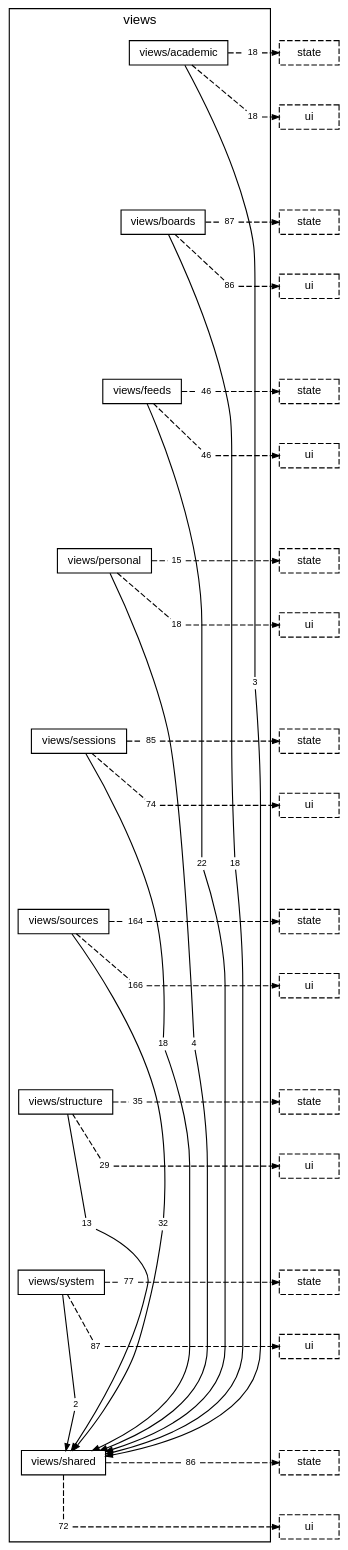
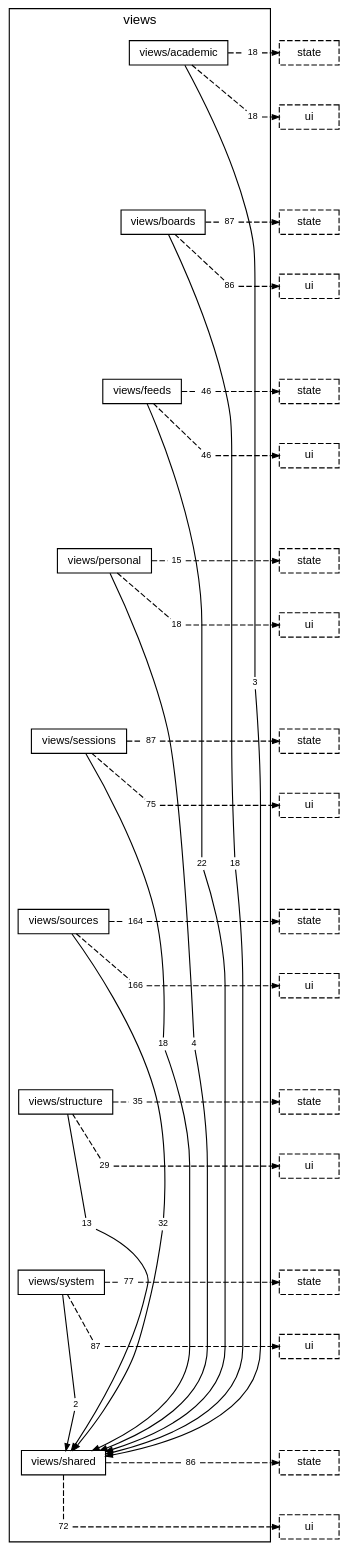
One commit to TheAxeC/oculus changed the diagram in docs/diagrams/layer-views.dot. Above: the diagram before and after it, drawn with Graphviz. The commit also changed 43 other files, not shown here.

```diff
--- a/docs/diagrams/layer-views.dot
+++ b/docs/diagrams/layer-views.dot
@@ -26,8 +26,8 @@
         "folder views/personal to layer state" [label="15", shape=box, color="transparent", fontsize=8, width=0, height=0, margin="0.04,0.02"];
         "folder views/personal to layer ui" [label="18", shape=box, color="transparent", fontsize=8, width=0, height=0, margin="0.04,0.02"];
         "folder views/sessions to folder views/shared" [label="18", shape=box, color="transparent", fontsize=8, width=0, height=0, margin="0.04,0.02"];
-        "folder views/sessions to layer state" [label="85", shape=box, color="transparent", fontsize=8, width=0, height=0, margin="0.04,0.02"];
-        "folder views/sessions to layer ui" [label="74", shape=box, color="transparent", fontsize=8, width=0, height=0, margin="0.04,0.02"];
+        "folder views/sessions to layer state" [label="87", shape=box, color="transparent", fontsize=8, width=0, height=0, margin="0.04,0.02"];
+        "folder views/sessions to layer ui" [label="75", shape=box, color="transparent", fontsize=8, width=0, height=0, margin="0.04,0.02"];
         "folder views/sources to folder views/shared" [label="32", shape=box, color="transparent", fontsize=8, width=0, height=0, margin="0.04,0.02"];
         "folder views/sources to layer state" [label="164", shape=box, color="transparent", fontsize=8, width=0, height=0, margin="0.04,0.02"];
         "folder views/sources to layer ui" [label="166", shape=box, color="transparent", fontsize=8, width=0, height=0, margin="0.04,0.02"];
```
